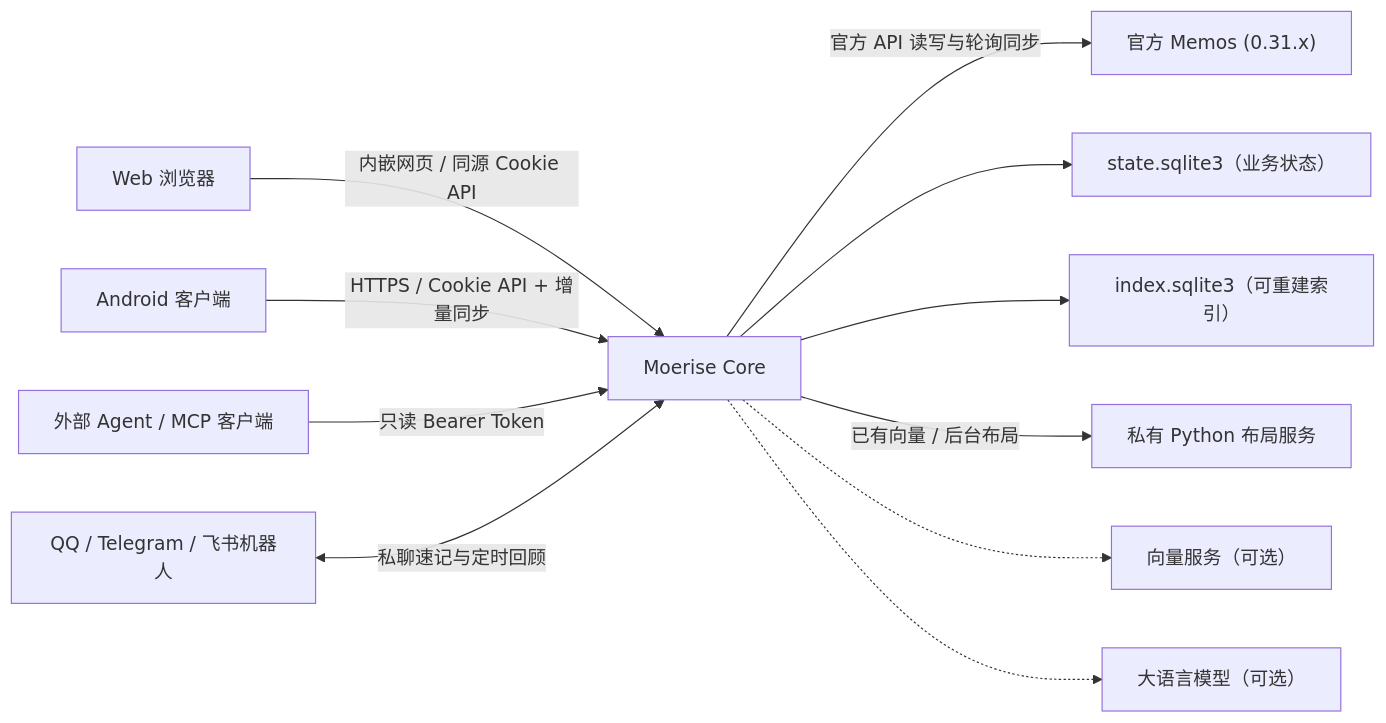
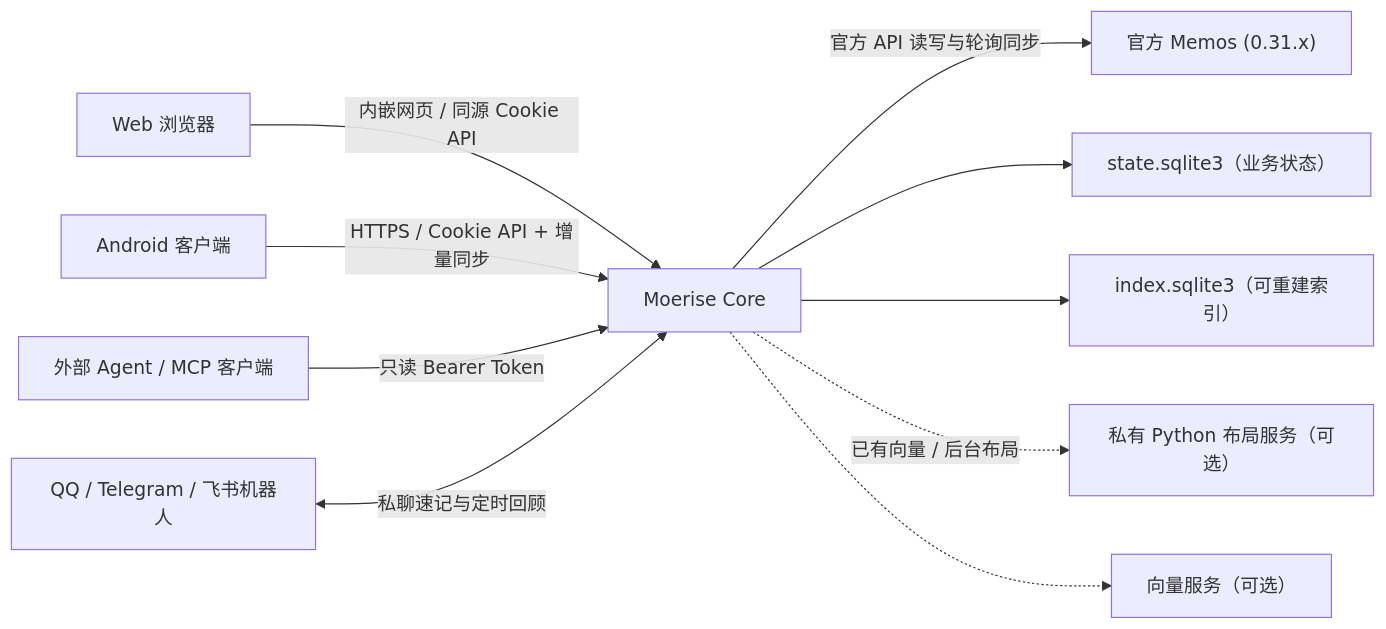
One commit to Fermin214/Moerise changed the diagram in README.md. Above: the diagram before and after it, drawn with Mermaid. The commit also changed other lines of this file and 191 other files, not shown here.

````diff
--- a/README.md
+++ b/README.md
@@ -26,14 +25,13 @@
 ```mermaid
 flowchart LR
     Web["Web 浏览器"] -->|"内嵌网页 / 同源 Cookie API"| Core["Moerise Core"]
     Android["Android 客户端"] -->|"HTTPS / Cookie API + 增量同步"| Core
     Agent["外部 Agent / MCP 客户端"] -->|"只读 Bearer Token"| Core
     Bots["QQ / Telegram / 飞书机器人"] <-->|"私聊速记与定时回顾"| Core
 
     Core -->|"官方 API 读写与轮询同步"| Memos["官方 Memos (0.31.x)"]
     Core --> State["state.sqlite3（业务状态）"]
     Core --> Index["index.sqlite3（可重建索引）"]
-    Core -->|"已有向量 / 后台布局"| Layout["私有 Python 布局服务"]
+    Core -.->|"已有向量 / 后台布局"| Layout["私有 Python 布局服务（可选）"]
     Core -.-> Embedding["向量服务（可选）"]
-    Core -.-> LLM["大语言模型（可选）"]
 ```
````
